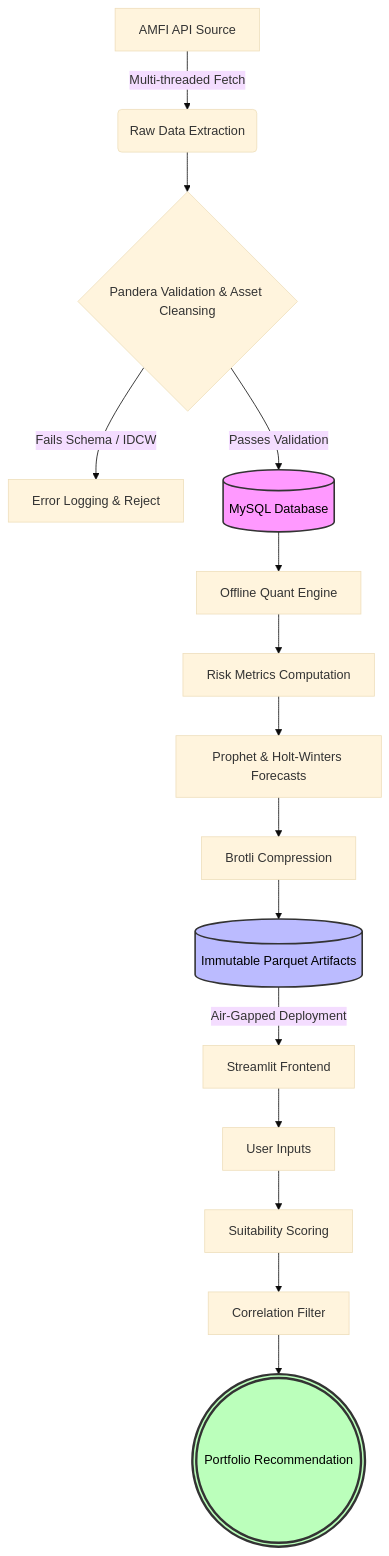
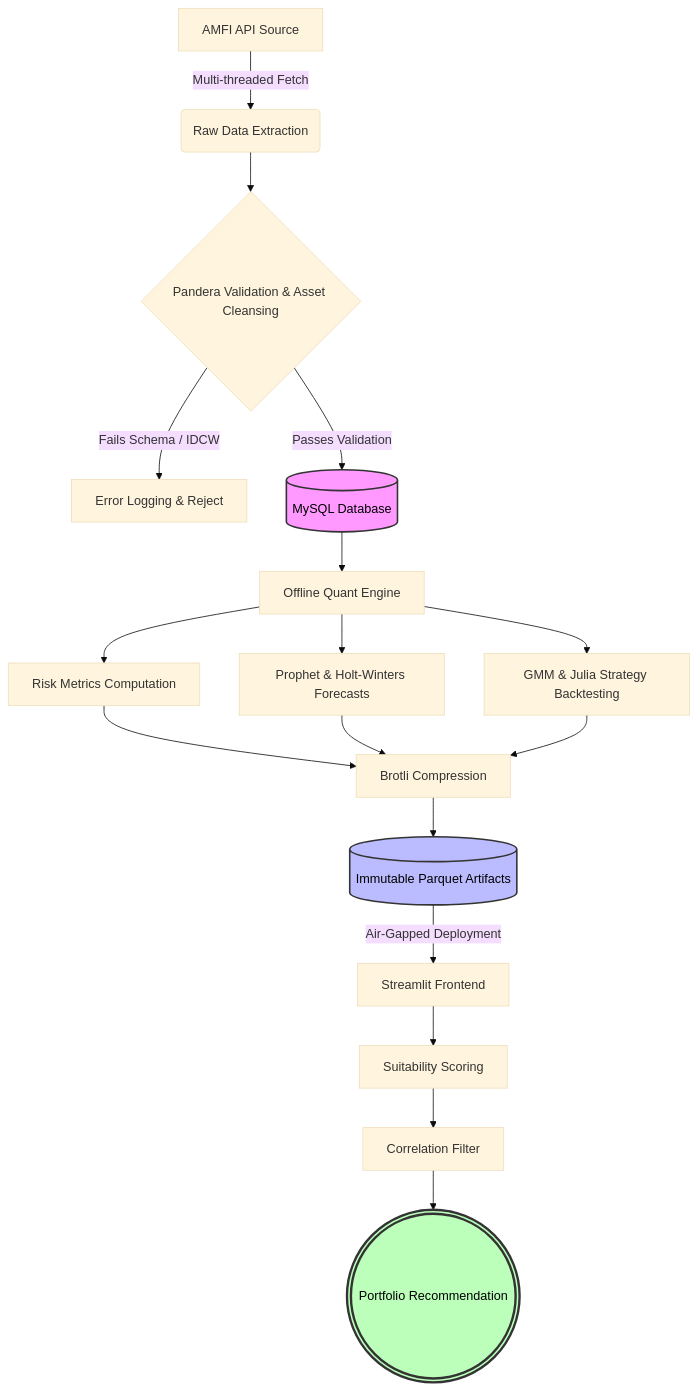
One commit to Aneek00/Financial-Data-Pipeline-and-Quantitative-Investment-Analytics-Engine changed the first of 2 diagrams in README.md. Above: the diagram before and after it, drawn with Mermaid (base theme). The commit also changed other lines of this file, not shown here.

````diff
--- a/README.md
+++ b/README.md
@@ -111,36 +113,36 @@
 ```mermaid
 flowchart TD
 
     A[AMFI API Source]
     -->|Multi-threaded Fetch| B(Raw Data Extraction)
 
     B --> C{Pandera Validation & Asset Cleansing}
 
     C -->|Fails Schema / IDCW| D[Error Logging & Reject]
 
     C -->|Passes Validation| E[(MySQL Database)]
 
     E --> F[Offline Quant Engine]
 
     F --> G[Risk Metrics Computation]
+    F --> H[Prophet & Holt-Winters Forecasts]
+    F --> I[GMM & Julia Strategy Backtesting]
 
-    G --> H[Prophet & Holt-Winters Forecasts]
+    G --> J[Brotli Compression]
+    H --> J
+    I --> J
 
-    H --> I[Brotli Compression]
+    J --> K[(Immutable Parquet Artifacts)]
 
-    I --> J[(Immutable Parquet Artifacts)]
-
-    J -->|Air-Gapped Deployment| K[Streamlit Frontend]
-
-    K --> L[User Inputs]
+    K -->|Air-Gapped Deployment| L[Streamlit Frontend]
 
     L --> M[Suitability Scoring]
 
     M --> N[Correlation Filter]
 
     N --> O(((Portfolio Recommendation)))
 
     style E fill:#f9f,stroke:#333,stroke-width:2px,color:#000
-    style J fill:#bbf,stroke:#333,stroke-width:2px,color:#000
+    style K fill:#bbf,stroke:#333,stroke-width:2px,color:#000
     style O fill:#bfb,stroke:#333,stroke-width:3px,color:#000
 ```
````
